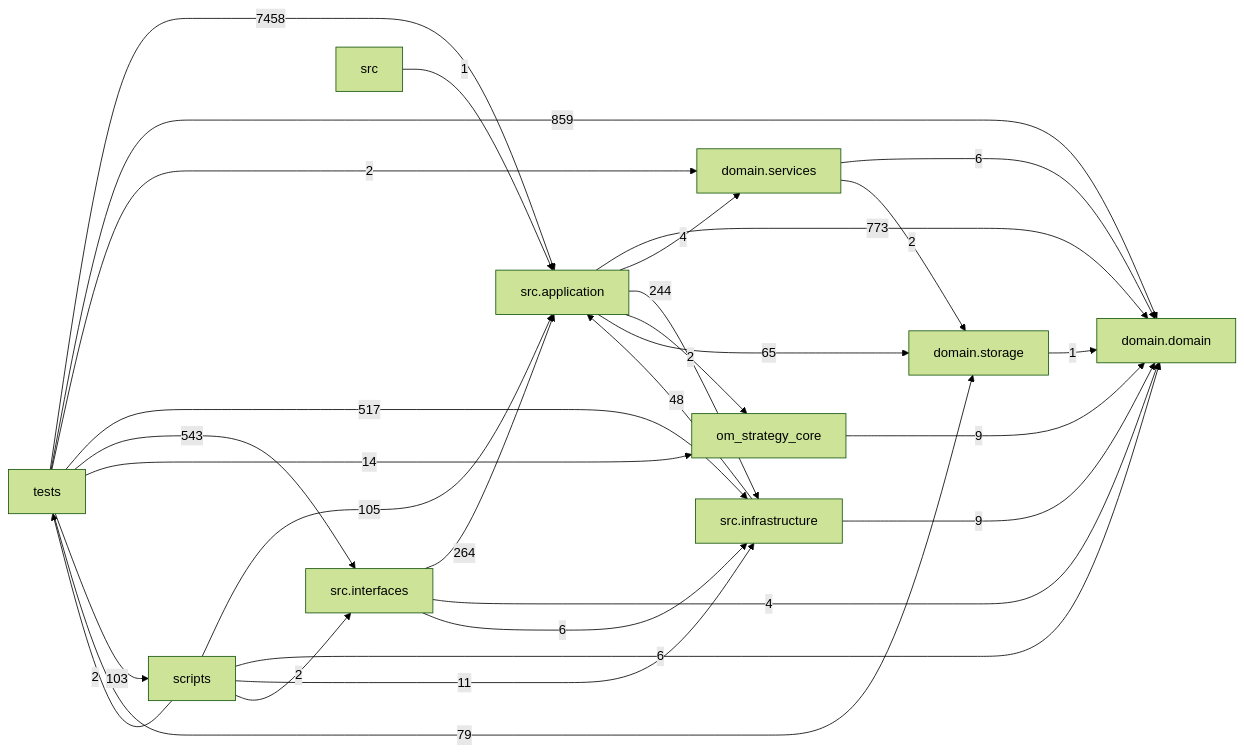
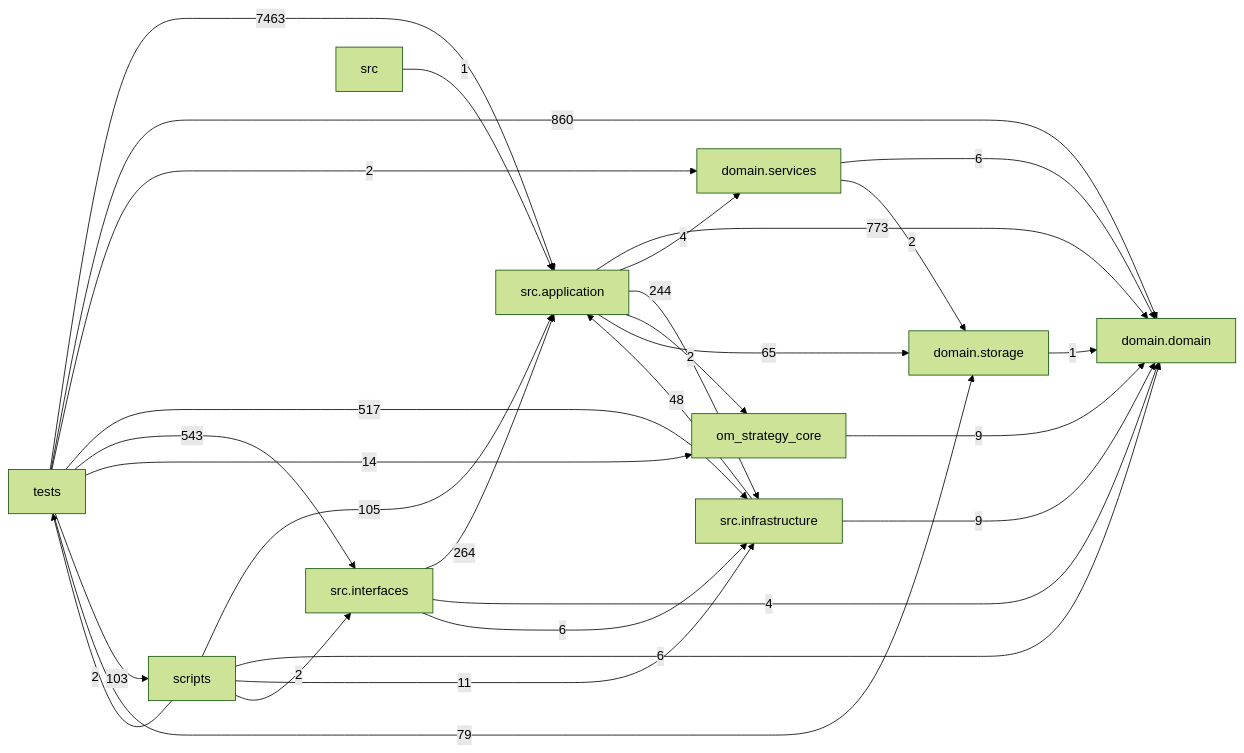
Before and after one commit to liuxie066/options-monitor: the diagram in docs/DEPENDENCY_GRAPH.md, drawn with Mermaid (forest theme). The commit also changed other lines of this file and 28 other files, not shown here.

````diff
--- a/docs/DEPENDENCY_GRAPH.md
+++ b/docs/DEPENDENCY_GRAPH.md
@@ -24,39 +24,39 @@
 ```mermaid
 flowchart LR
   tests["tests"]
   scripts["scripts"]
   interfaces["src.interfaces"]
   application["src.application"]
   infrastructure["src.infrastructure"]
   domain_services["domain.services"]
   domain["domain.domain"]
   storage["domain.storage"]
   application -->|773| domain
   application -->|4| domain_services
   application -->|244| infrastructure
   application -->|2| om_strategy_core
   application -->|65| storage
   domain_services -->|6| domain
   domain_services -->|2| storage
   infrastructure -->|48| application
   infrastructure -->|9| domain
   interfaces -->|264| application
   interfaces -->|4| domain
   interfaces -->|6| infrastructure
   om_strategy_core -->|9| domain
   scripts -->|105| application
   scripts -->|6| domain
   scripts -->|11| infrastructure
   scripts -->|2| interfaces
   scripts -->|2| tests
   src -->|1| application
   storage -->|1| domain
-  tests -->|7458| application
-  tests -->|859| domain
+  tests -->|7463| application
+  tests -->|860| domain
   tests -->|2| domain_services
   tests -->|517| infrastructure
   tests -->|543| interfaces
   tests -->|14| om_strategy_core
   tests -->|103| scripts
   tests -->|79| storage
 ```
````
